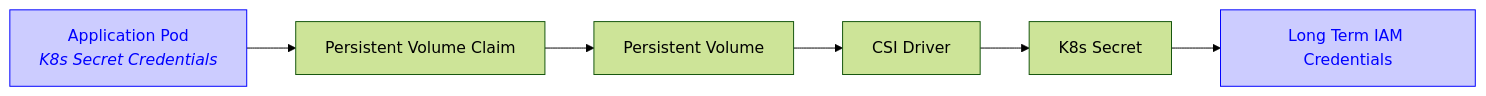
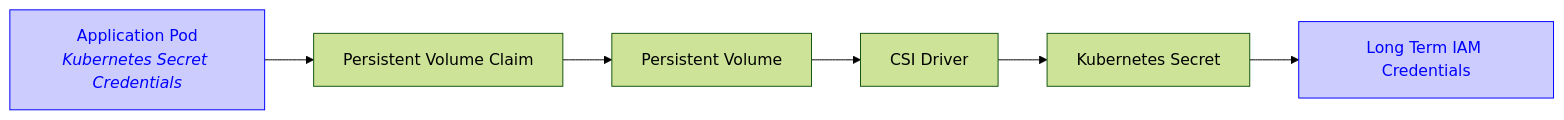
One commit to awslabs/mountpoint-s3-csi-driver changed the third of 6 diagrams in docs/CONFIGURATION.md. Above: the diagram before and after it, drawn with Mermaid (forest theme). The commit also changed other lines of this file, not shown here.

Commit message:
Replace occurences of K8s with Kubernetes

````diff
--- a/docs/CONFIGURATION.md
+++ b/docs/CONFIGURATION.md
@@ -208,28 +208,28 @@
 ```mermaid
 graph LR;
     CSI[CSI Driver]
 
     P["`Application Pod
-    *K8s Secret Credentials*`"]
+    *Kubernetes Secret Credentials*`"]
 
-    K8sS[K8s Secret]
+    KubernetesS[Kubernetes Secret]
 
     IAM_LT["Long Term IAM Credentials"]
 
     PV[Persistent Volume]
     PVC[Persistent Volume Claim]
 
     P --> PVC
 
     PVC --> PV
 
     PV --> CSI
 
-    CSI --> K8sS
+    CSI --> KubernetesS
 
-    K8sS --> IAM_LT
+    KubernetesS --> IAM_LT
 
 
     style IAM_LT stroke:#0000ff,fill:#ccccff,color:#0000ff
     style P stroke:#0000ff,fill:#ccccff,color:#0000ff
 ```
````
